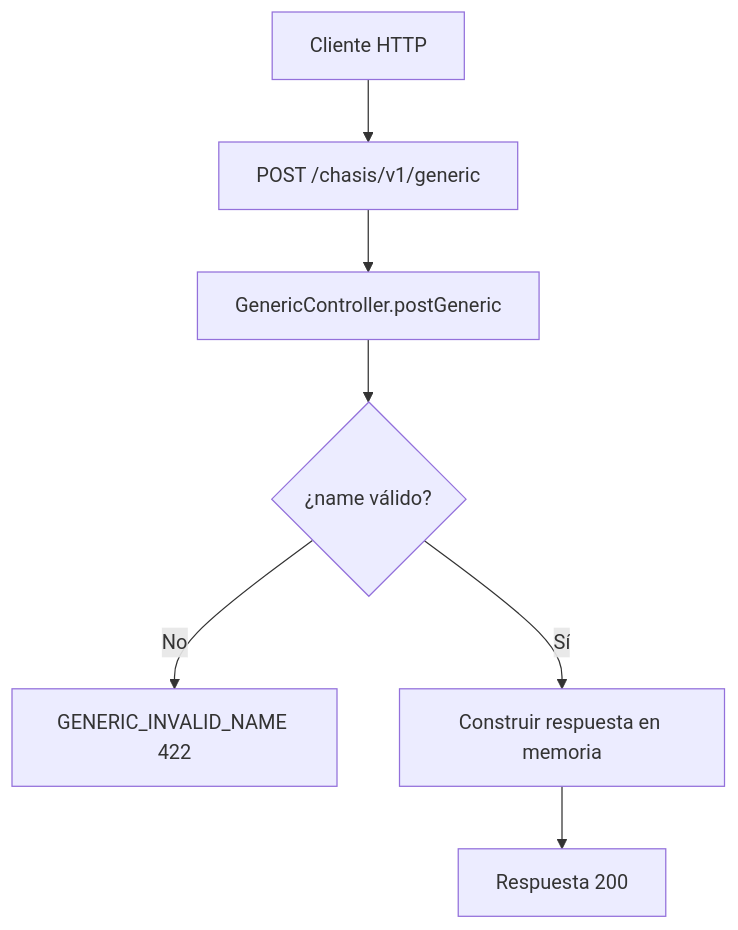
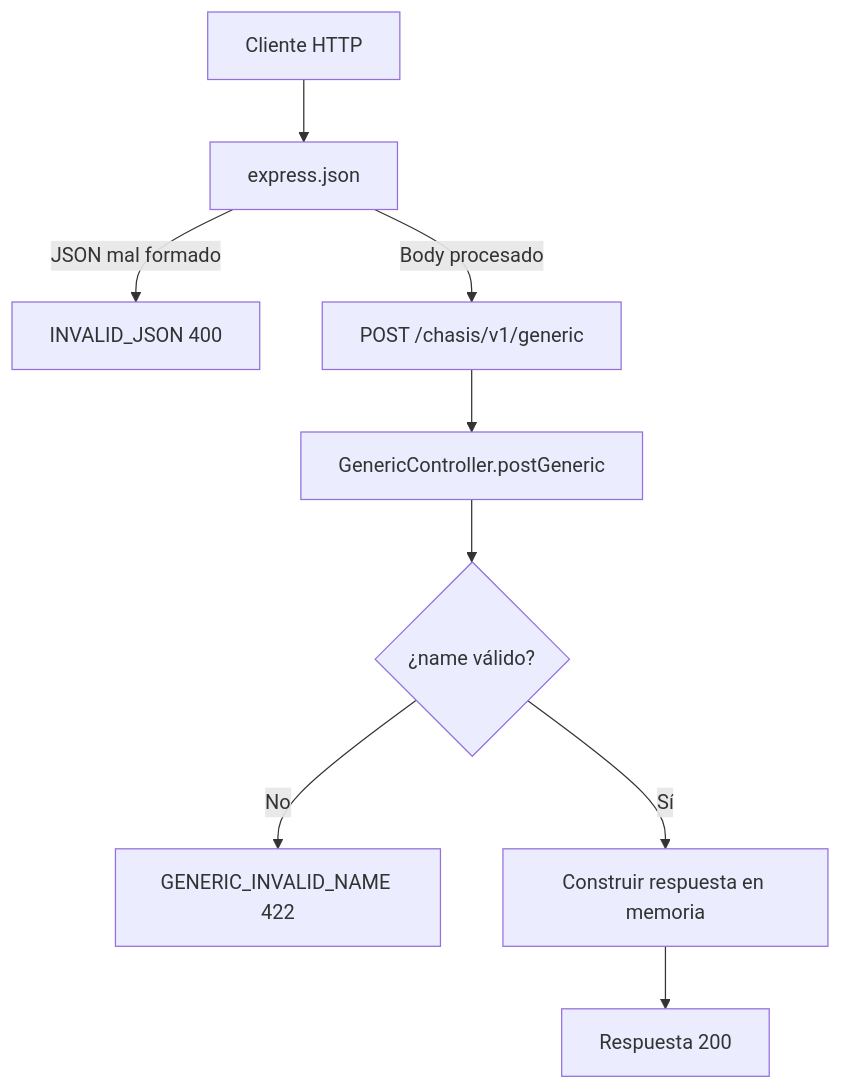
Before and after one commit to jac2206/chasis-express-ts: the diagram in docs/use-case/create-generic.md, drawn with Mermaid. The commit also changed 25 other files, not shown here.

````diff
--- a/docs/use-case/create-generic.md
+++ b/docs/use-case/create-generic.md
@@ -79,9 +79,11 @@
 ```mermaid
 flowchart TD
-    A[Cliente HTTP] --> B[POST /chasis/v1/generic]
-    B --> C[GenericController.postGeneric]
-    C --> D{¿name válido?}
-    D -- No --> E[GENERIC_INVALID_NAME 422]
-    D -- Sí --> F[Construir respuesta en memoria]
-    F --> G[Respuesta 200]
+    A[Cliente HTTP] --> B[express.json]
+    B -->|JSON mal formado| X[INVALID_JSON 400]
+    B -->|Body procesado| C[POST /chasis/v1/generic]
+    C --> D[GenericController.postGeneric]
+    D --> E{¿name válido?}
+    E -- No --> F[GENERIC_INVALID_NAME 422]
+    E -- Sí --> G[Construir respuesta en memoria]
+    G --> H[Respuesta 200]
 ```
````
